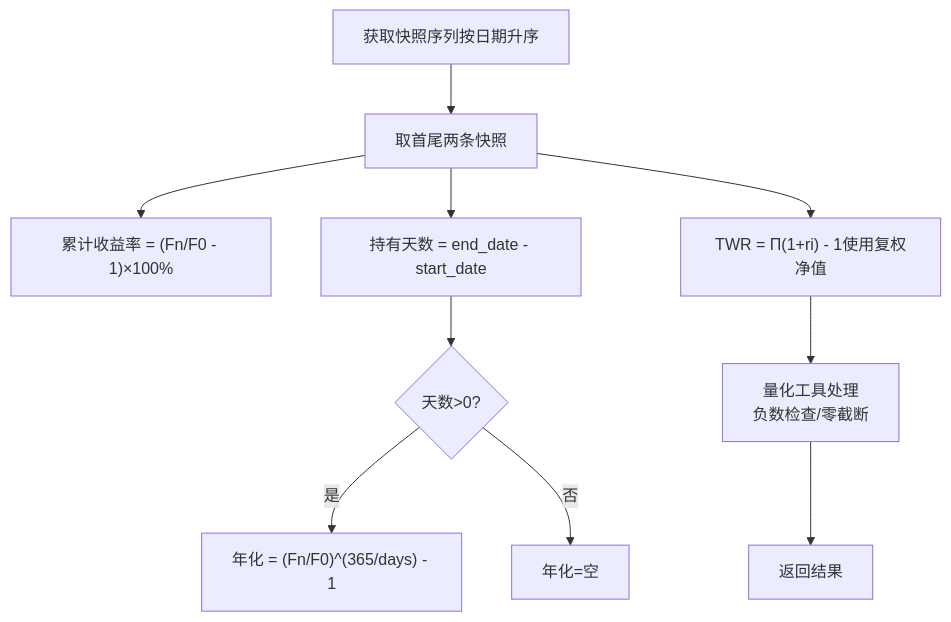
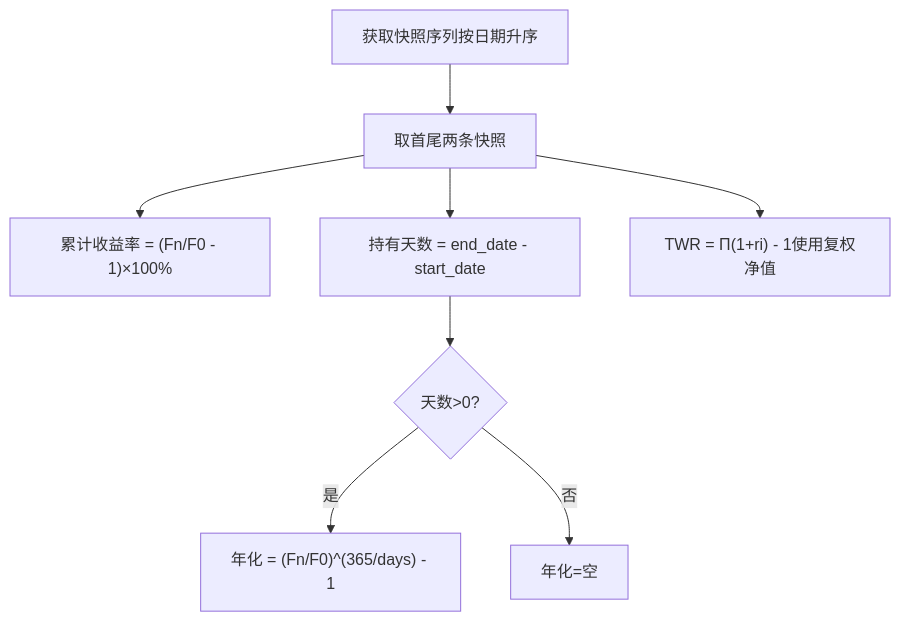
The fourth of 8 diagrams in .qoder/repowiki/zh/content/数据库设计/核心计算公式.md (gujialind/InvestRing), drawn with Mermaid before and after one commit. The commit also changed other lines of this file and 65 other files, not shown here.

````diff
--- a/.qoder/repowiki/zh/content/数据库设计/核心计算公式.md
+++ b/.qoder/repowiki/zh/content/数据库设计/核心计算公式.md
@@ -230,12 +195,10 @@
 ```mermaid
 flowchart TD
 A["获取快照序列按日期升序"] --> B["取首尾两条快照"]
 B --> C["累计收益率 = (Fn/F0 - 1)×100%"]
 B --> D["持有天数 = end_date - start_date"]
 D --> E{"天数>0?"}
 E --> |是| F["年化 = (Fn/F0)^(365/days) - 1"]
 E --> |否| G["年化=空"]
 B --> H["TWR = Π(1+ri) - 1使用复权净值"]
-H --> I["量化工具处理<br/>负数检查/零截断"]
-I --> J["返回结果"]
 ```
````
